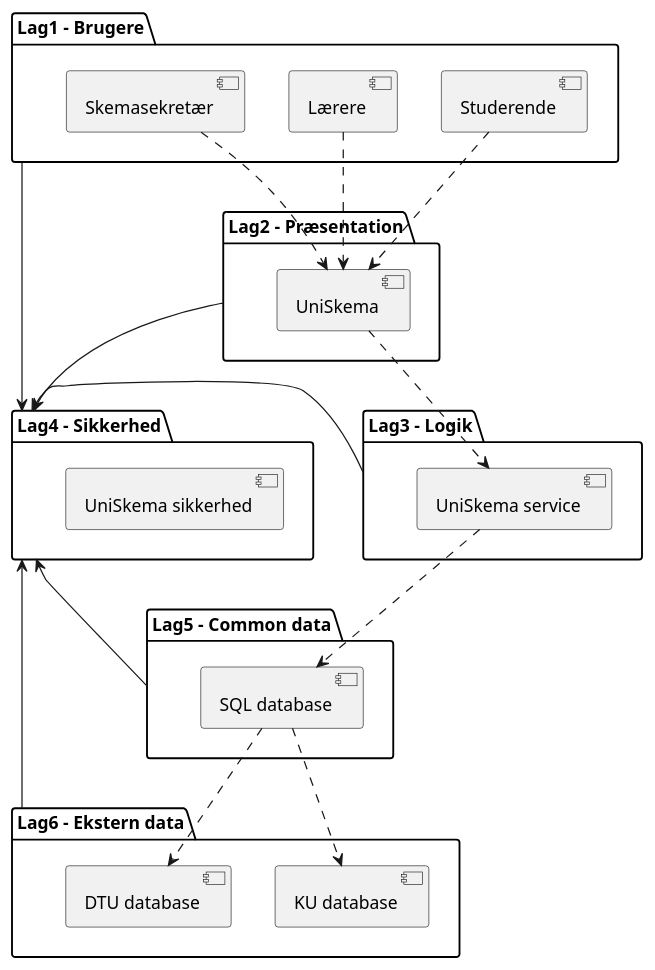
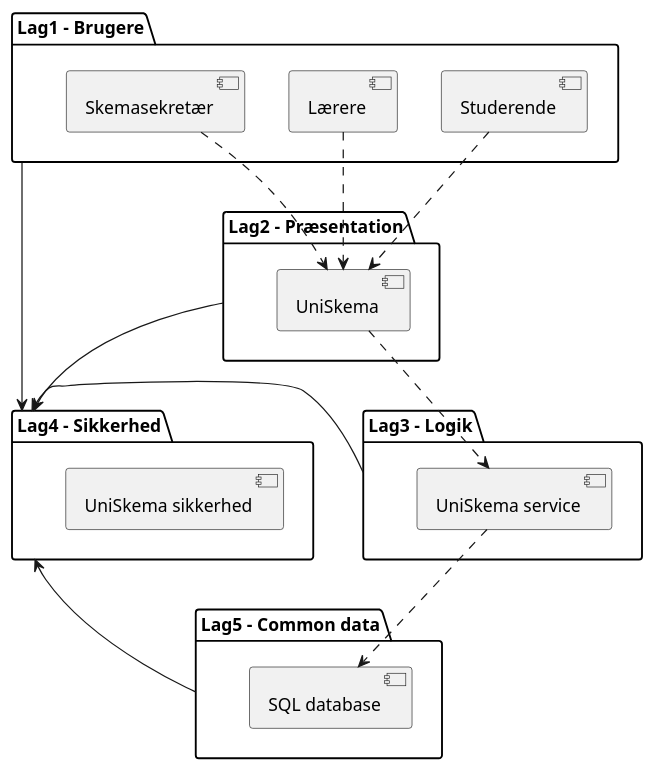
One commit to MadsSchroder/Systemudvikling-Eksamen-KU changed the diagram in Diagrams/arkitektur diagram.puml. Above: the diagram before and after it, drawn with PlantUML. The commit also changed 6 other files, not shown here.

```diff
--- a/Diagrams/arkitektur diagram.puml
+++ b/Diagrams/arkitektur diagram.puml
@@ -1,38 +1,33 @@
 @startuml
 top to bottom direction
 package "Lag1 - Brugere" as l1 {
 [Studerende]
 [Lærere]
 [Skemasekretær]
 }
 package "Lag2 - Præsentation" as l2 {
 [UniSkema]
 }
 package "Lag3 - Logik" as l3 {
 [UniSkema service]
 }
 package "Lag4 - Sikkerhed" as l4 {
 [UniSkema sikkerhed] as a
 }
 package "Lag5 - Common data" as l5 {
 [SQL database]
 }
-package "Lag6 - Ekstern data" as l6 {
-[KU database]
-[DTU database]
-}
+
 
 l1 -> l4
 l2 -> l4
 l4 <- l3
 l4 <- l5
-l4 <- l6
 
 [Studerende] ..> [UniSkema]
 [Skemasekretær] ..> [UniSkema]
 [Lærere] ..> [UniSkema]
 [UniSkema] ..> [UniSkema service]
 [UniSkema service] ..> [SQL database]
-[SQL database] ..> [KU database]
-[SQL database] ..> [DTU database]
+
 @enduml
```
